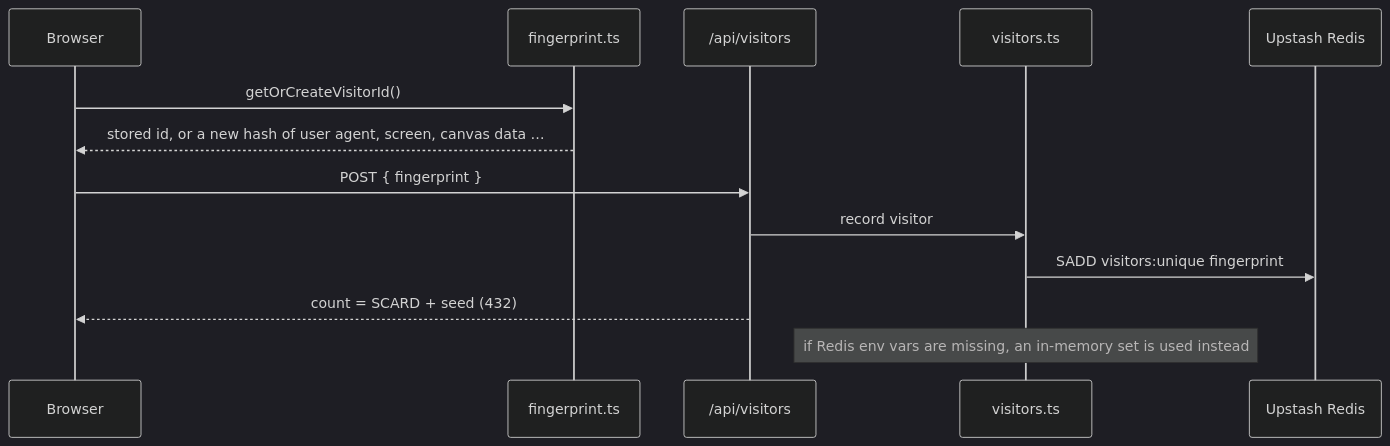
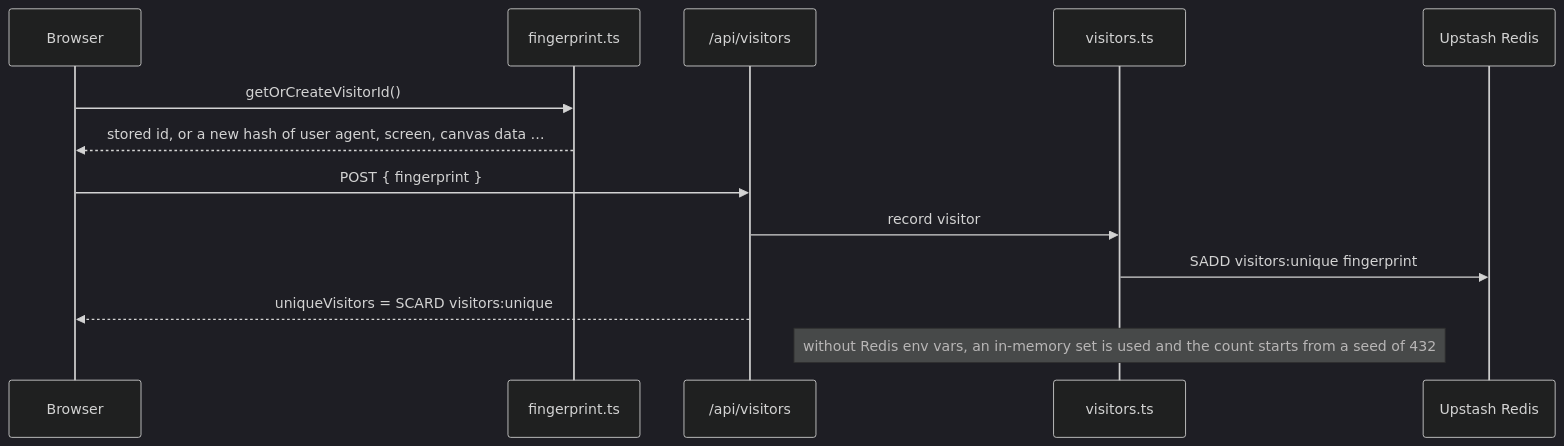
Before and after one commit to minianon/MiniAnonPortfolio: the diagram in docs/lld.md, drawn with Mermaid (dark theme).

Commit message:
Docs: visitor count detail

````diff
--- a/docs/lld.md
+++ b/docs/lld.md
@@ -20,15 +20,15 @@
 ```mermaid
 sequenceDiagram
   participant B as Browser
   participant F as fingerprint.ts
   participant API as /api/visitors
   participant V as visitors.ts
   participant R as Upstash Redis
   B->>F: getOrCreateVisitorId()
   F-->>B: stored id, or a new hash of user agent, screen, canvas data …
   B->>API: POST { fingerprint }
   API->>V: record visitor
   V->>R: SADD visitors:unique fingerprint
-  API-->>B: count = SCARD + seed (432)
-  Note over V: if Redis env vars are missing, an in-memory set is used instead
+  API-->>B: uniqueVisitors = SCARD visitors:unique
+  Note over V: without Redis env vars, an in-memory set is used and the count starts from a seed of 432
 ```
````
